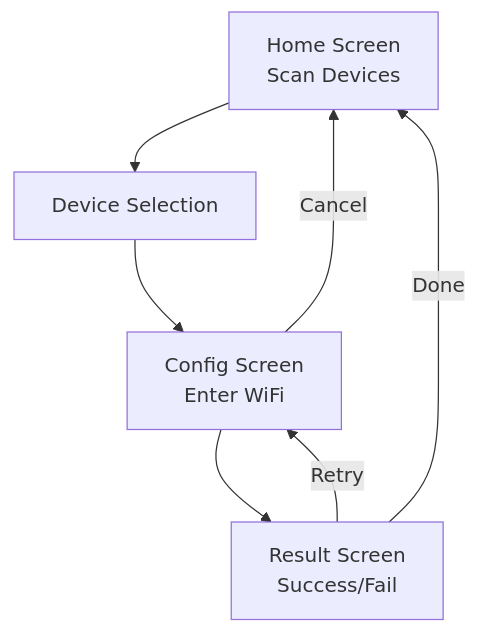
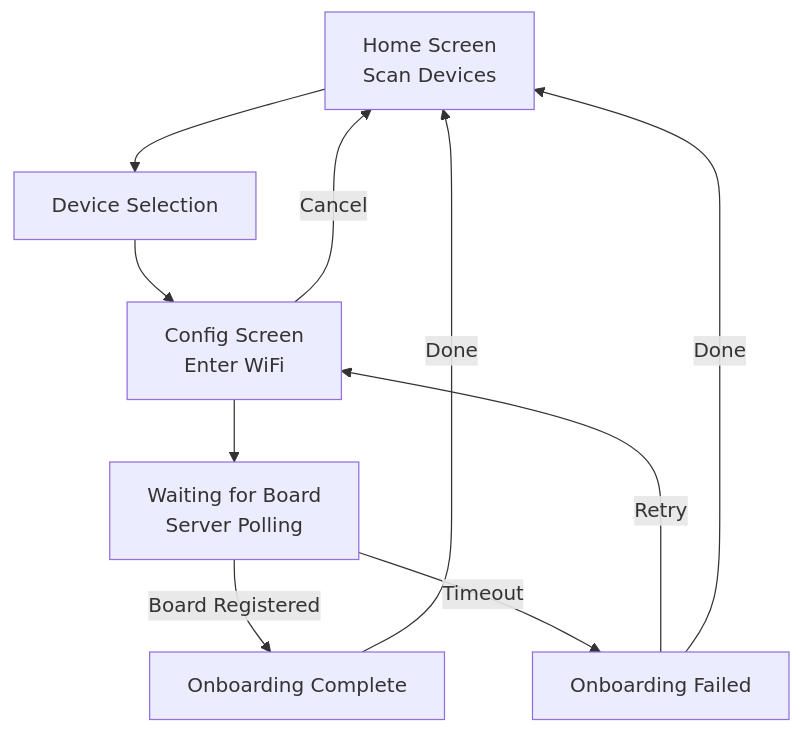
The second of 4 diagrams in apps/mobile/design.md (hyunu/nexio), drawn with Mermaid before and after one commit. The commit also changed other lines of this file and 25 other files, not shown here.

````diff
--- a/apps/mobile/design.md
+++ b/apps/mobile/design.md
@@ -31,10 +31,13 @@
 ```mermaid
 graph TD
     HOME[Home Screen<br/>Scan Devices] --> SELECT[Device Selection]
     SELECT --> CONFIG[Config Screen<br/>Enter WiFi]
-    CONFIG --> RESULT[Result Screen<br/>Success/Fail]
+    CONFIG --> WAITING[Waiting for Board<br/>Server Polling]
+    WAITING -->|Board Registered| SUCCESS[Onboarding Complete]
+    WAITING -->|Timeout| FAIL[Onboarding Failed]
 
     CONFIG -->|Cancel| HOME
-    RESULT -->|Retry| CONFIG
-    RESULT -->|Done| HOME
+    SUCCESS -->|Done| HOME
+    FAIL -->|Retry| CONFIG
+    FAIL -->|Done| HOME
 ```
````
